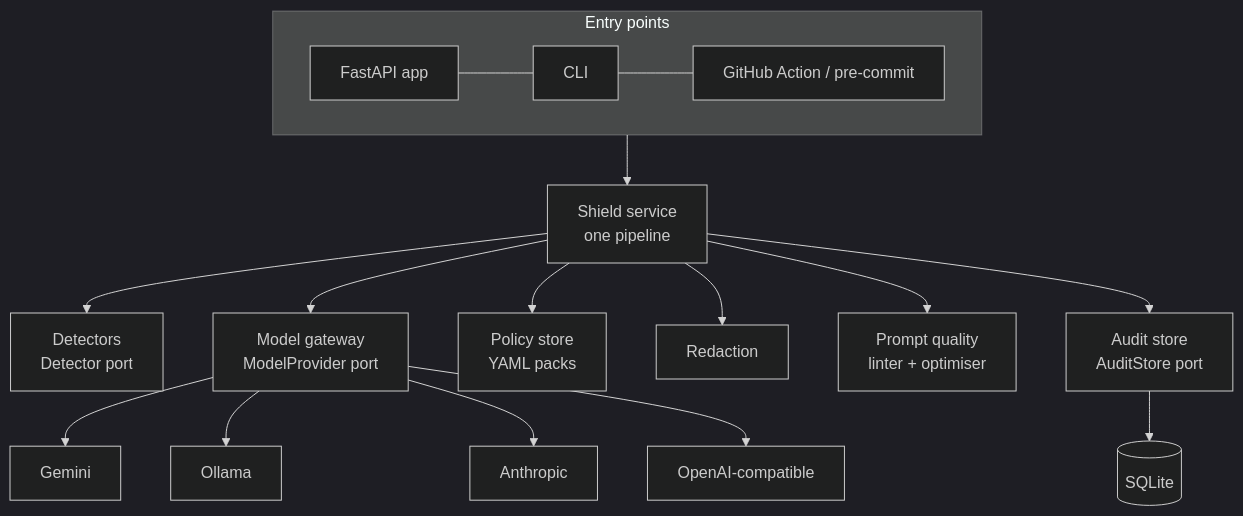
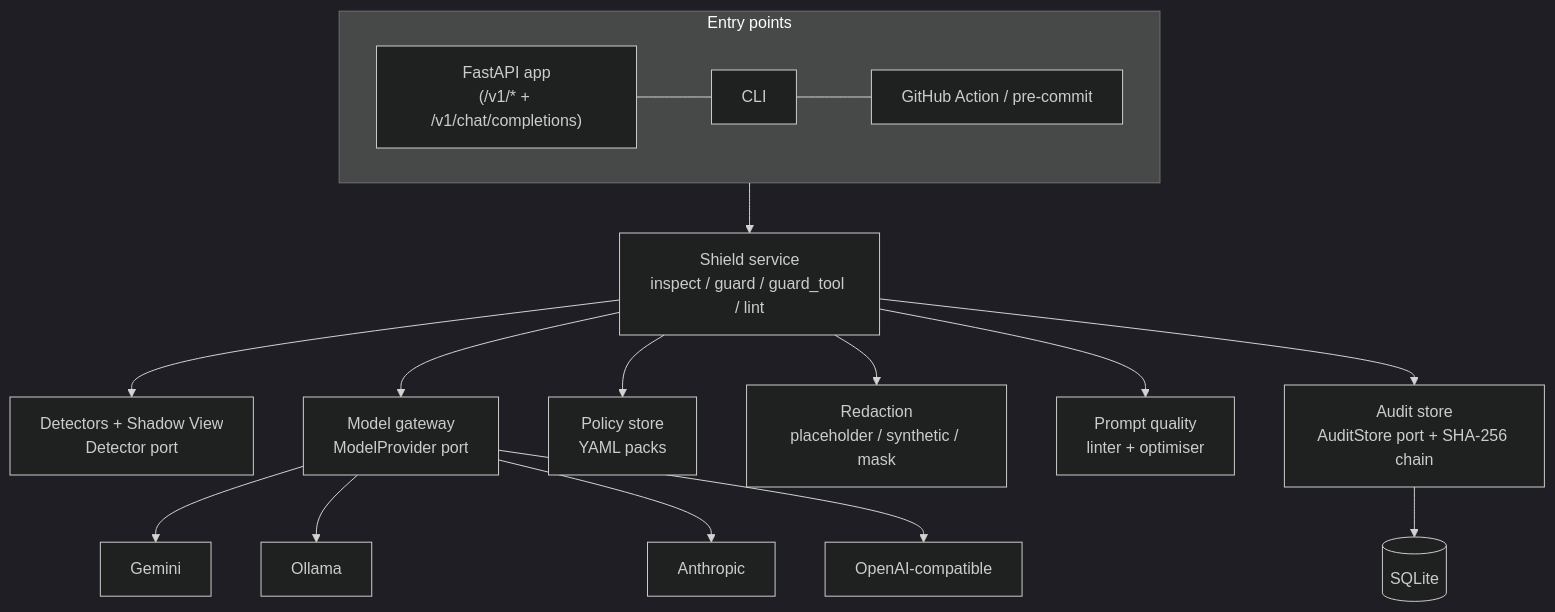
Before and after one commit to abulslab/Zero-Trust-Prompt-Shield: the second of 3 diagrams in docs/architecture.md, drawn with Mermaid (dark theme). The commit also changed other lines of this file and 27 other files, not shown here.

Commit message:
feat: add shadow de-obfuscation, canary tripwires, taint tracking, tool guard, synthetic redaction, and tamper-evident audit chain

````diff
--- a/docs/architecture.md
+++ b/docs/architecture.md
@@ -55,15 +55,15 @@
 ```mermaid
 flowchart TB
-    subgraph entry[Entry points]
-      api[FastAPI app] --- cli[CLI] --- action[GitHub Action / pre-commit]
+    subgraph entry["Entry points"]
+      api["FastAPI app<br/>(/v1/* + /v1/chat/completions)"] --- cli["CLI"] --- action["GitHub Action / pre-commit"]
     end
-    entry --> svc[Shield service<br/>one pipeline]
-    svc --> det[Detectors<br/>Detector port]
-    svc --> ai[Model gateway<br/>ModelProvider port]
-    svc --> pol[Policy store<br/>YAML packs]
-    svc --> red[Redaction]
-    svc --> q[Prompt quality<br/>linter + optimiser]
-    svc --> store[Audit store<br/>AuditStore port]
-    ai --> gem[Gemini] & oll[Ollama] & ant[Anthropic] & oai[OpenAI-compatible]
-    store --> sqlite[(SQLite)]
+    entry --> svc["Shield service<br/>inspect / guard / guard_tool / lint"]
+    svc --> det["Detectors + Shadow View<br/>Detector port"]
+    svc --> ai["Model gateway<br/>ModelProvider port"]
+    svc --> pol["Policy store<br/>YAML packs"]
+    svc --> red["Redaction<br/>placeholder / synthetic / mask"]
+    svc --> q["Prompt quality<br/>linter + optimiser"]
+    svc --> store["Audit store<br/>AuditStore port + SHA-256 chain"]
+    ai --> gem["Gemini"] & oll["Ollama"] & ant["Anthropic"] & oai["OpenAI-compatible"]
+    store --> sqlite[("SQLite")]
 ```
````
